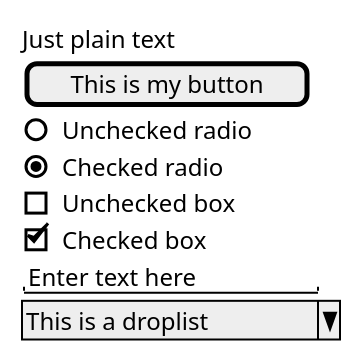
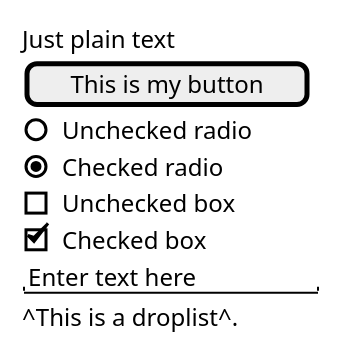
The diagram in src/main/docs/uml/mock-ups/hotel/test.puml (mrjink/molveno), drawn with PlantUML before and after one commit.

```diff
--- a/src/main/docs/uml/mock-ups/hotel/test.puml
+++ b/src/main/docs/uml/mock-ups/hotel/test.puml
@@ -1,13 +1,13 @@
 @startuml
 salt
 {
   Just plain text
   [This is my button]
   ()  Unchecked radio
   (X) Checked radio
   []  Unchecked box
   [X] Checked box
   "Enter text here   "
-  ^This is a droplist^
+  ^This is a droplist^.
 }
 @enduml
```
